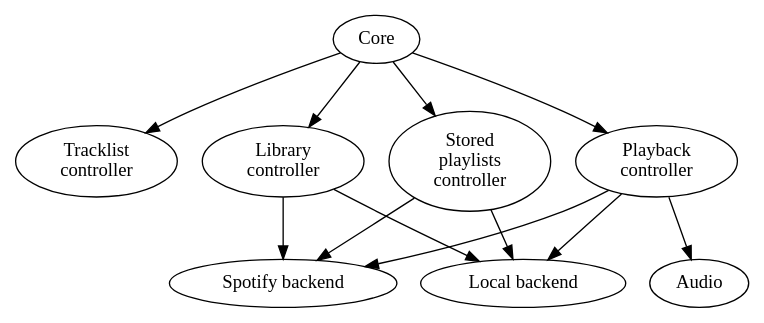
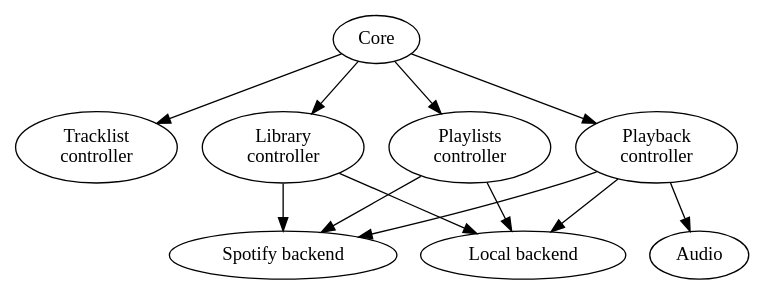
The third of 4 diagrams in docs/api/concepts.rst (mopidy/mopidy), drawn with Graphviz before and after one commit. The commit also changed other lines of this file and 21 other files, not shown here.

Commit message:
Rename 'stored playlists' to 'playlists'

```diff
--- a/docs/api/concepts.rst
+++ b/docs/api/concepts.rst
@@ -51,16 +51,16 @@
 .. digraph:: core_architecture
 
     Core -> "Tracklist\ncontroller"
     Core -> "Library\ncontroller"
     Core -> "Playback\ncontroller"
-    Core -> "Stored\nplaylists\ncontroller"
+    Core -> "Playlists\ncontroller"
 
     "Library\ncontroller" -> "Local backend"
     "Library\ncontroller" -> "Spotify backend"
 
     "Playback\ncontroller" -> "Local backend"
     "Playback\ncontroller" -> "Spotify backend"
     "Playback\ncontroller" -> Audio
 
-    "Stored\nplaylists\ncontroller" -> "Local backend"
-    "Stored\nplaylists\ncontroller" -> "Spotify backend"
+    "Playlists\ncontroller" -> "Local backend"
+    "Playlists\ncontroller" -> "Spotify backend"
```
